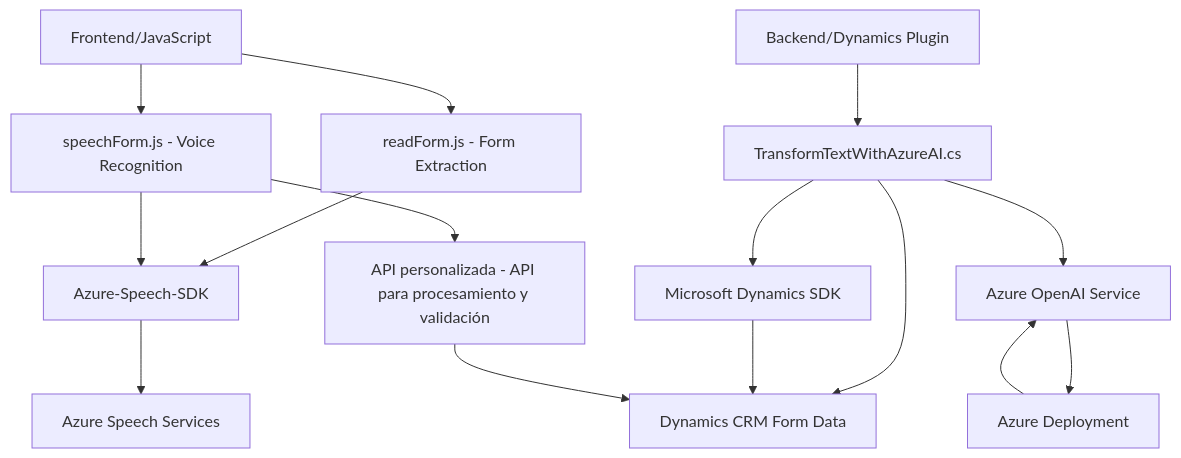
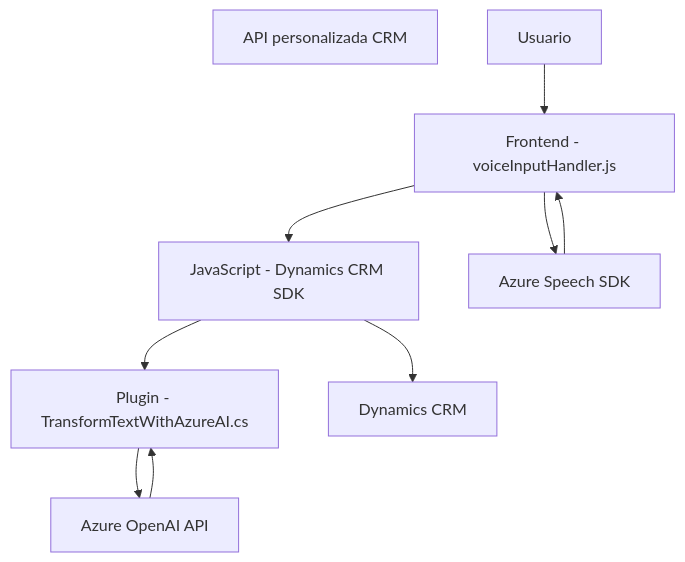
Before and after one commit to blopezdm/NETCORE_BILBAO2025: the diagram in README.md, drawn with Mermaid. The commit also changed other lines of this file, not shown here.

````diff
--- a/README.md
+++ b/README.md
@@ -38,19 +38,20 @@
 ```mermaid
 graph TD
-    A["Frontend/JavaScript"] --> B["readForm.js - Form Extraction"]
-    A --> C["speechForm.js - Voice Recognition"]
-    B --> D["Azure-Speech-SDK"]
-    C --> D["Azure-Speech-SDK"]
-    C --> E["API personalizada - API para procesamiento y validación"]
-    
-    F["Backend/Dynamics Plugin"] --> G["TransformTextWithAzureAI.cs"]
-    G --> H["Microsoft Dynamics SDK"]
-    G --> I["Azure OpenAI Service"]
-    I --> J["Azure Deployment"]
-    G --> K["form-data"]
+    A["Frontend - voiceInputHandler.js"]
+    B["JavaScript - Dynamics CRM SDK"]
+    C["Azure Speech SDK"]
+    D["Plugin - TransformTextWithAzureAI.cs"]
+    E["API personalizada CRM"]
+    F["Azure OpenAI API"]
+    G["Dynamics CRM"]
+    H["Usuario"]
 
-    D --> L["Azure Speech Services"]
-    H --> K["Dynamics CRM Form Data"]
-    E --> K
-    J --> I
+    H --> A
+    A --> C
+    C --> A
+    A --> B
+    B --> G
+    B --> D
+    D --> F
+    F --> D
 ```
````
